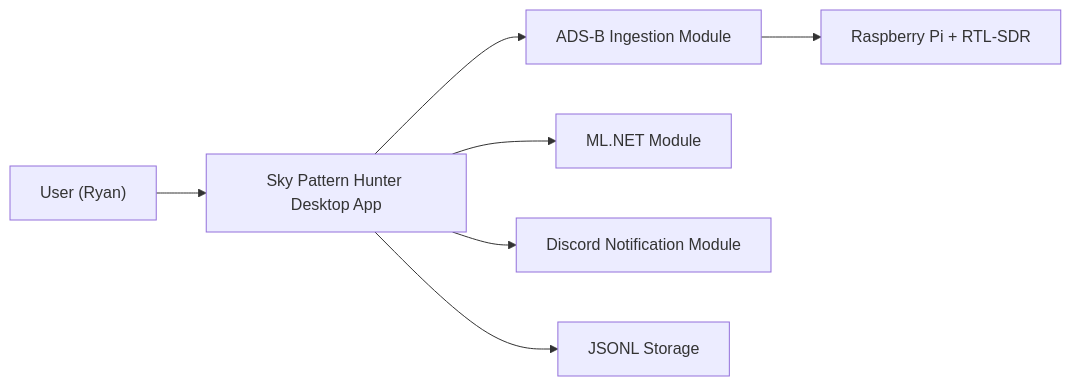
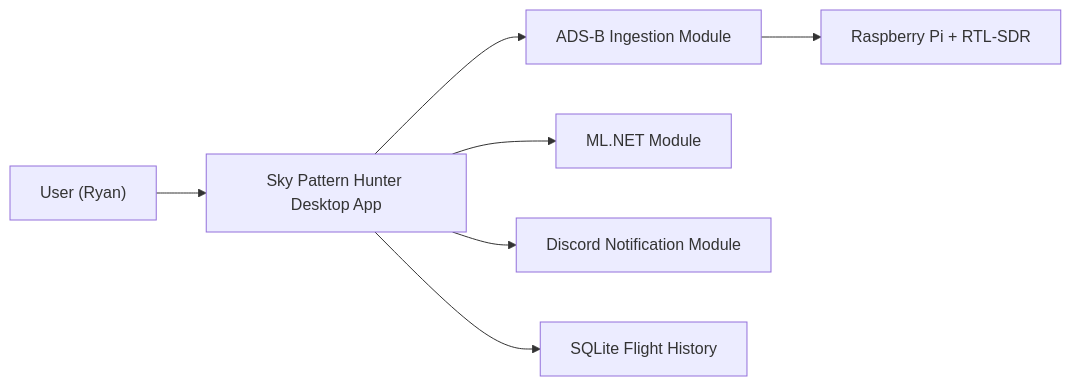
One commit to supernachos57/sky_pattern_hunter changed the third of 7 diagrams in docs/architecture/living-architecture.md. Above: the diagram before and after it, drawn with Mermaid. The commit also changed other lines of this file and 16 other files, not shown here.

Commit message:
Add SQLite flight history (#50)

````diff
--- a/docs/architecture/living-architecture.md
+++ b/docs/architecture/living-architecture.md
@@ -96,9 +96,9 @@
 ```mermaid
 flowchart LR
     User["User (Ryan)"] --> DesktopApp["Sky Pattern Hunter Desktop App"]
     DesktopApp --> ADSBIngest["ADS-B Ingestion Module"]
     ADSBIngest --> PiDevice["Raspberry Pi + RTL-SDR"]
     DesktopApp --> MLModule["ML.NET Module"]
     DesktopApp --> NotifyModule["Discord Notification Module"]
-    DesktopApp --> StorageModule["JSONL Storage"]
+    DesktopApp --> StorageModule["SQLite Flight History"]
 ```
````
